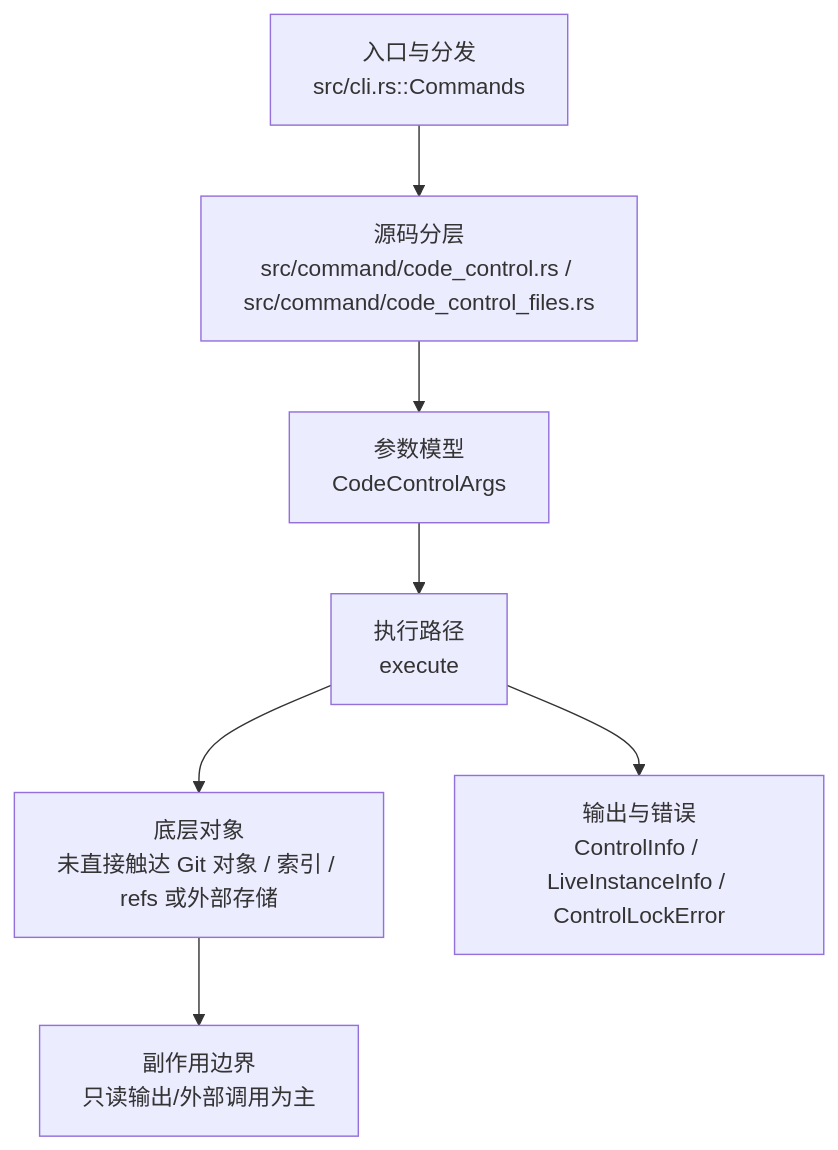
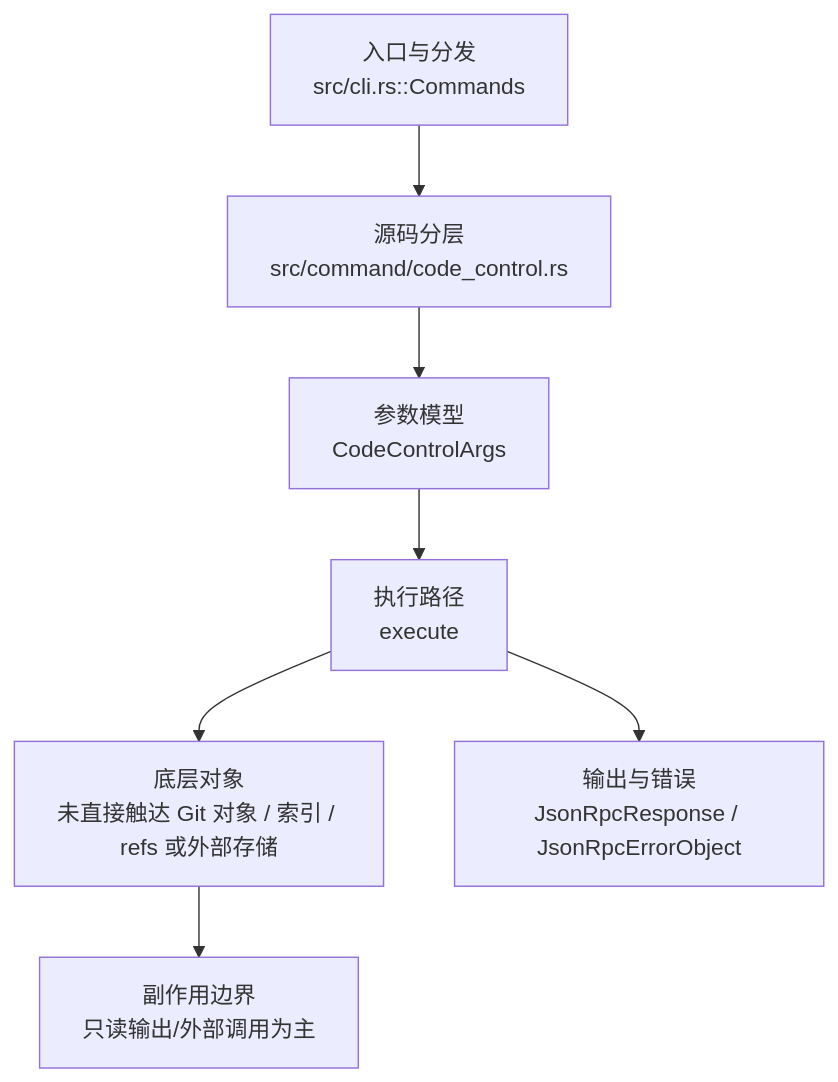
The diagram in docs/development/commands/code-control.md (web3infra-foundation/libra), drawn with Mermaid before and after one commit. The commit also changed other lines of this file and 65 other files, not shown here.

First line of the commit message:
docs(commands): reconcile development command docs with current code

````diff
--- a/docs/development/commands/code-control.md
+++ b/docs/development/commands/code-control.md
@@ -22,9 +22,9 @@
 ```mermaid
 flowchart TD
-    A["入口与分发<br/>src/cli.rs::Commands"] --> B["源码分层<br/>src/command/code_control.rs / src/command/code_control_files.rs"]
+    A["入口与分发<br/>src/cli.rs::Commands"] --> B["源码分层<br/>src/command/code_control.rs"]
     B --> C["参数模型<br/>CodeControlArgs"]
     C --> D["执行路径<br/>execute"]
     D --> E["底层对象<br/>未直接触达 Git 对象 / 索引 / refs 或外部存储"]
-    D --> F["输出与错误<br/>ControlInfo / LiveInstanceInfo / ControlLockError"]
+    D --> F["输出与错误<br/>JsonRpcResponse / JsonRpcErrorObject"]
     E --> G["副作用边界<br/>只读输出/外部调用为主"]
 ```
````
